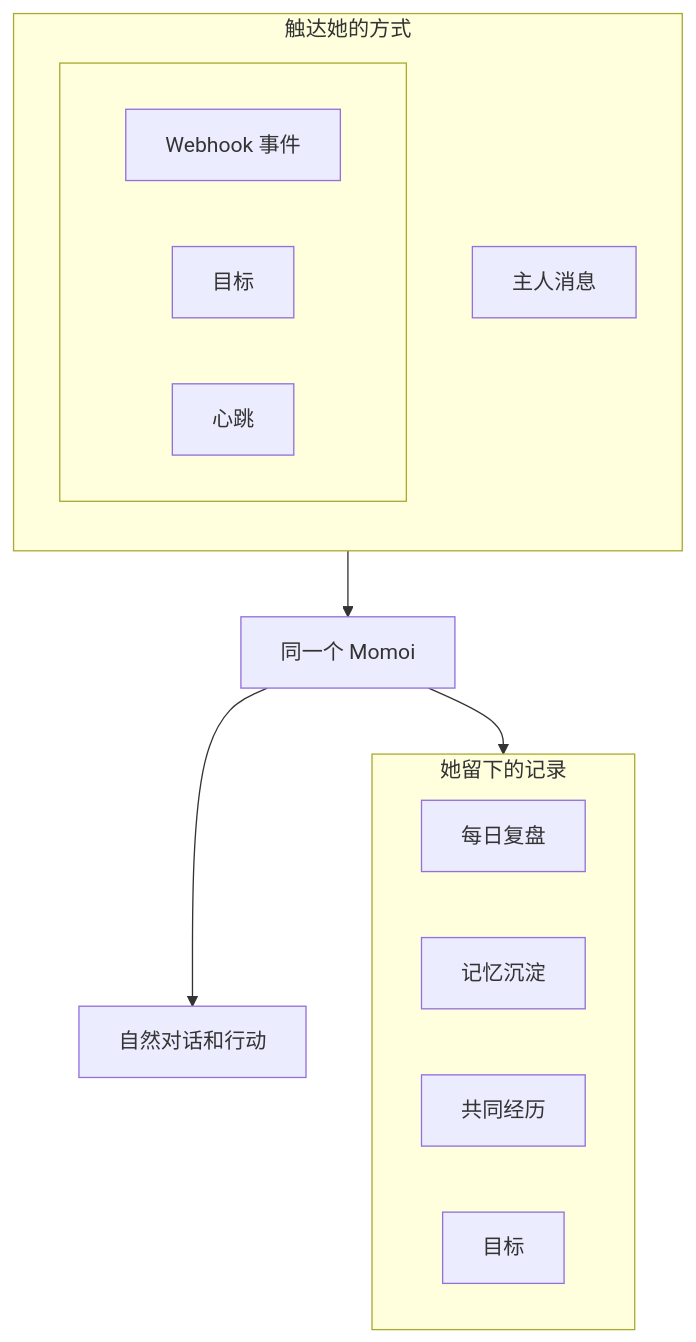
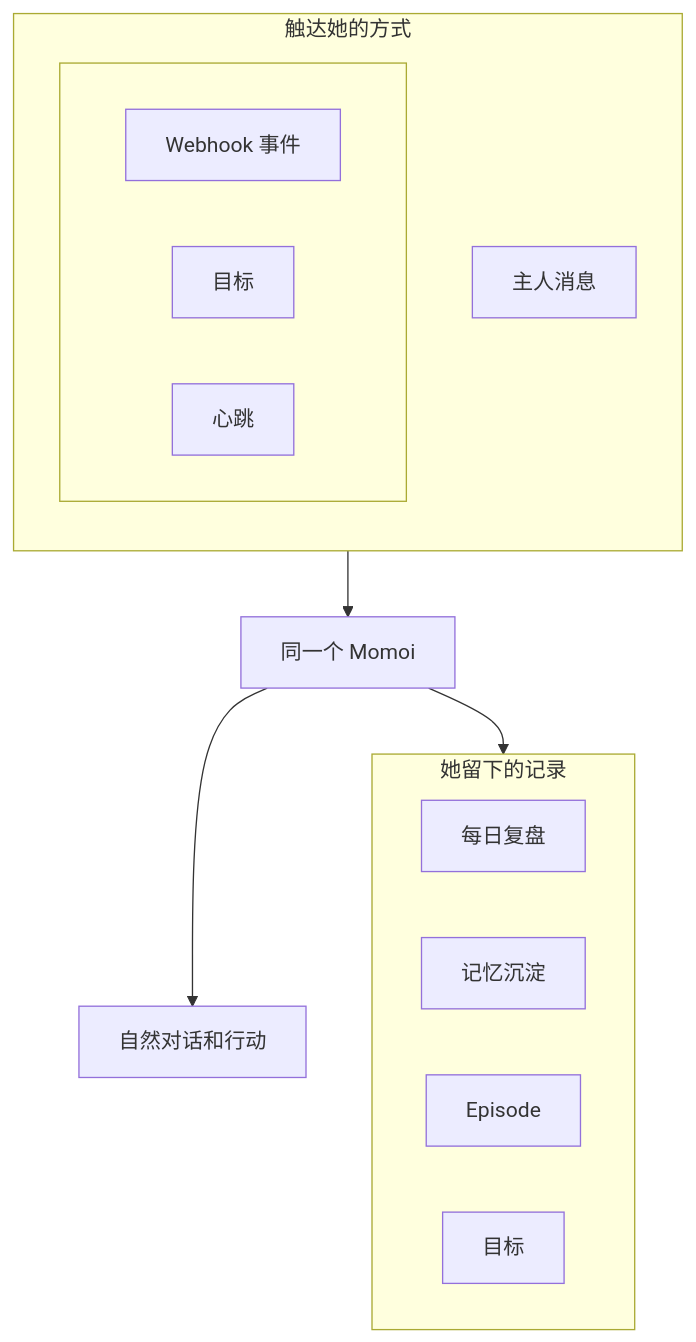
The first of 3 diagrams in README.zh-CN.md (RicterZ/Momoi), drawn with Mermaid before and after one commit. The commit also changed other lines of this file and 61 other files, not shown here.

````diff
--- a/README.zh-CN.md
+++ b/README.zh-CN.md
@@ -26,25 +26,25 @@
 ```mermaid
 flowchart TB
   subgraph reach["触达她的方式"]
     direction TB
     owner["主人消息"]
     subgraph also[" "]
       direction LR
       events["Webhook 事件"]
       goal["目标"]
       heartbeat["心跳"]
     end
   end
   momoi["同一个 Momoi"]
   out["自然对话和行动"]
   subgraph keep["她留下的记录"]
     direction LR
     reflection["每日复盘"]
     memory["记忆沉淀"]
-    history["共同经历"]
+    history["Episode"]
     agenda["目标"]
   end
   reach --> momoi
   momoi --> out
   momoi --> keep
 ```
````
